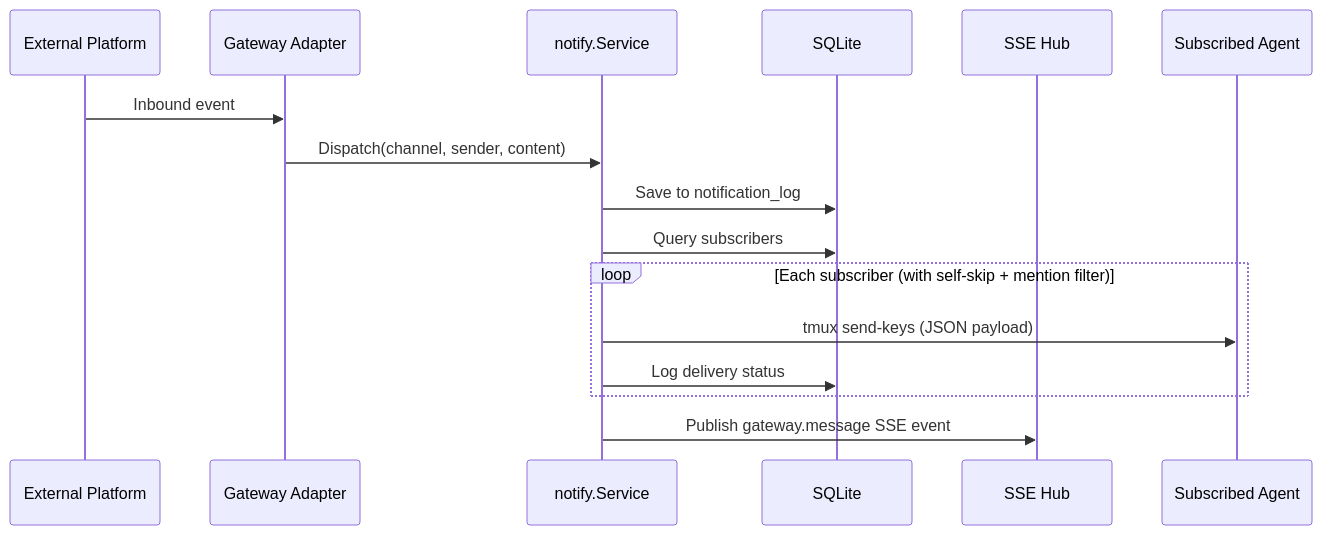
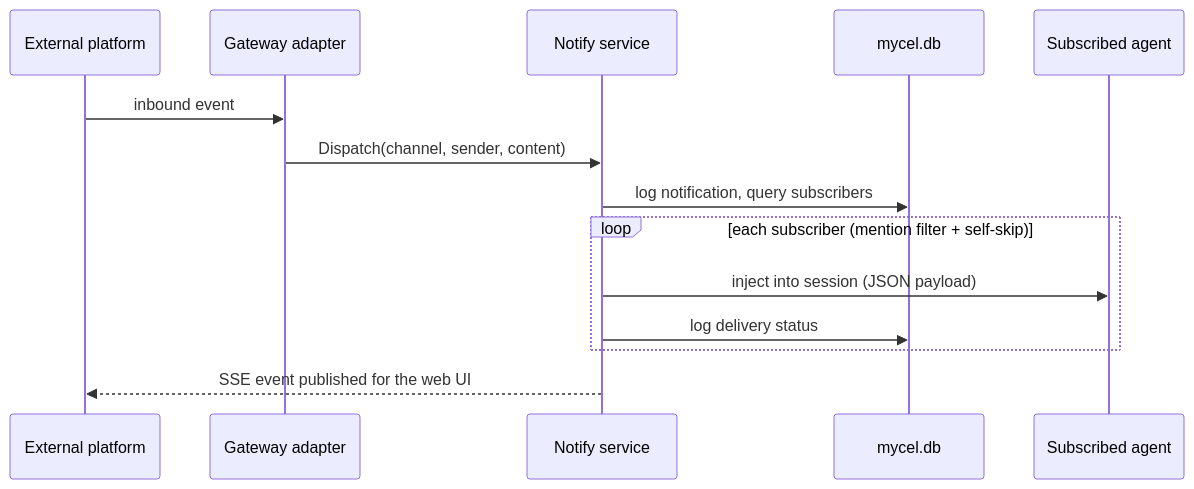
The third of 3 diagrams in docs/overview.md (rpuneet/bc), drawn with Mermaid before and after one commit. The commit also changed other lines of this file and 24 other files, not shown here.

First line of the commit message:
docs: align every page with the repo-era architecture

````diff
--- a/docs/overview.md
+++ b/docs/overview.md
@@ -232,19 +150,17 @@
 ```mermaid
 sequenceDiagram
-    participant Platform as External Platform
-    participant Adapter as Gateway Adapter
-    participant Notify as notify.Service
-    participant DB as SQLite
-    participant Hub as SSE Hub
-    participant Agent as Subscribed Agent
+    participant P as External platform
+    participant G as Gateway adapter
+    participant N as Notify service
+    participant DB as mycel.db
+    participant A as Subscribed agent
 
-    Platform->>Adapter: Inbound event
-    Adapter->>Notify: Dispatch(channel, sender, content)
-    Notify->>DB: Save to notification_log
-    Notify->>DB: Query subscribers
-    loop Each subscriber (with self-skip + mention filter)
-        Notify->>Agent: tmux send-keys (JSON payload)
-        Notify->>DB: Log delivery status
+    P->>G: inbound event
+    G->>N: Dispatch(channel, sender, content)
+    N->>DB: log notification, query subscribers
+    loop each subscriber (mention filter + self-skip)
+        N->>A: inject into session (JSON payload)
+        N->>DB: log delivery status
     end
-    Notify->>Hub: Publish gateway.message SSE event
+    N-->>P: SSE event published for the web UI
 ```
````
